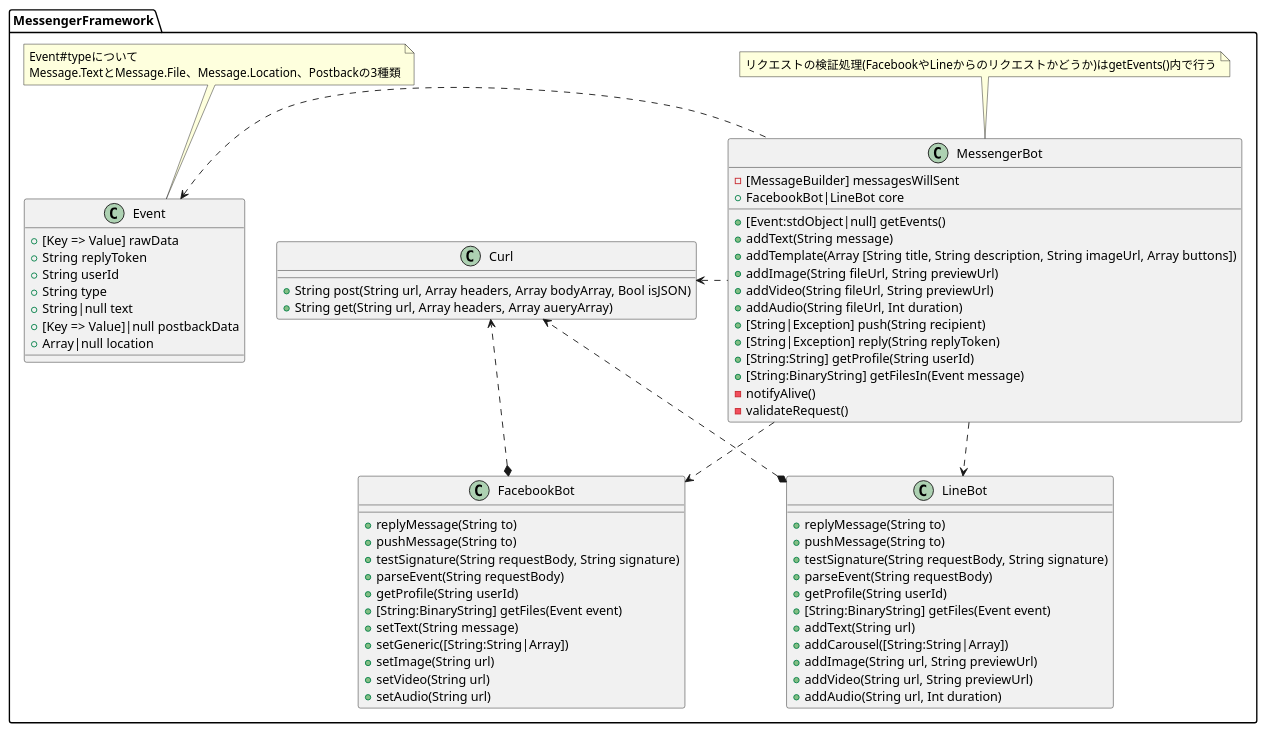
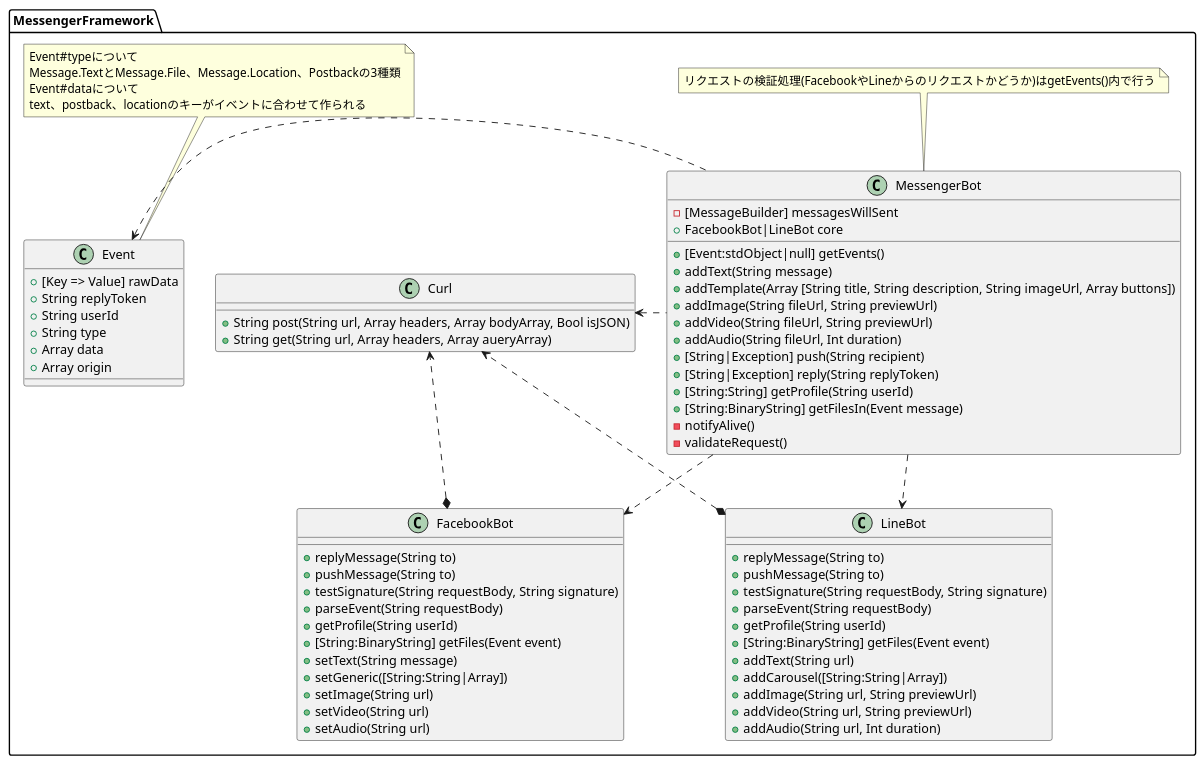
The diagram in doc/class-spec.puml (genies-inc/messenger-framework), drawn with PlantUML before and after one commit. The commit also changed 2 other files, not shown here.

```diff
--- a/doc/class-spec.puml
+++ b/doc/class-spec.puml
@@ -1,87 +1,88 @@
 @startuml
 
 namespace MessengerFramework {
 
   class Event {
     + [Key => Value] rawData
     + String replyToken
     + String userId
     + String type
-    + String|null text
-    + [Key => Value]|null postbackData
-    + Array|null location
+    + Array data
+    + Array origin
   }
 
   note top of Event
     Event#typeについて
     Message.TextとMessage.File、Message.Location、Postbackの3種類
+    Event#dataについて
+    text、postback、locationのキーがイベントに合わせて作られる
   end note
 
   class MessengerBot {
     - [MessageBuilder] messagesWillSent
     + FacebookBot|LineBot core
     + [Event:stdObject|null] getEvents()
     + addText(String message)
     + addTemplate(Array [String title, String description, String imageUrl, Array buttons])
     + addImage(String fileUrl, String previewUrl)
     + addVideo(String fileUrl, String previewUrl)
     + addAudio(String fileUrl, Int duration)
     + [String|Exception] push(String recipient)
     + [String|Exception] reply(String replyToken)
     + [String:String] getProfile(String userId)
     + [String:BinaryString] getFilesIn(Event message)
     - notifyAlive()
     - validateRequest()
   }
 
   note top of MessengerBot
     リクエストの検証処理(FacebookやLineからのリクエストかどうか)はgetEvents()内で行う
   end note
 
   class FacebookBot {
     + replyMessage(String to)
     + pushMessage(String to)
     + testSignature(String requestBody, String signature)
     + parseEvent(String requestBody)
     + getProfile(String userId)
     + [String:BinaryString] getFiles(Event event)
     + setText(String message)
     + setGeneric([String:String|Array])
     + setImage(String url)
     + setVideo(String url)
     + setAudio(String url)
   }
 
   class LineBot {
     + replyMessage(String to)
     + pushMessage(String to)
     + testSignature(String requestBody, String signature)
     + parseEvent(String requestBody)
     + getProfile(String userId)
     + [String:BinaryString] getFiles(Event event)
     + addText(String url)
     + addCarousel([String:String|Array])
     + addImage(String url, String previewUrl)
     + addVideo(String url, String previewUrl)
     + addAudio(String url, Int duration)
   }
 
   class Curl {
     + String post(String url, Array headers, Array bodyArray, Bool isJSON)
     + String get(String url, Array headers, Array aueryArray)
   }
 
 }
 
 ' MessengerFramework内の関連
 
 MessengerFramework.MessengerBot .d.> MessengerFramework.FacebookBot
 MessengerFramework.MessengerBot .d.> MessengerFramework.LineBot
 MessengerFramework.MessengerBot .l.> MessengerFramework.Curl
 MessengerFramework.MessengerBot .l.> MessengerFramework.Event
 
 MessengerFramework.FacebookBot *..> MessengerFramework.Curl
 
 MessengerFramework.LineBot *..> MessengerFramework.Curl
 
 @enduml
```
